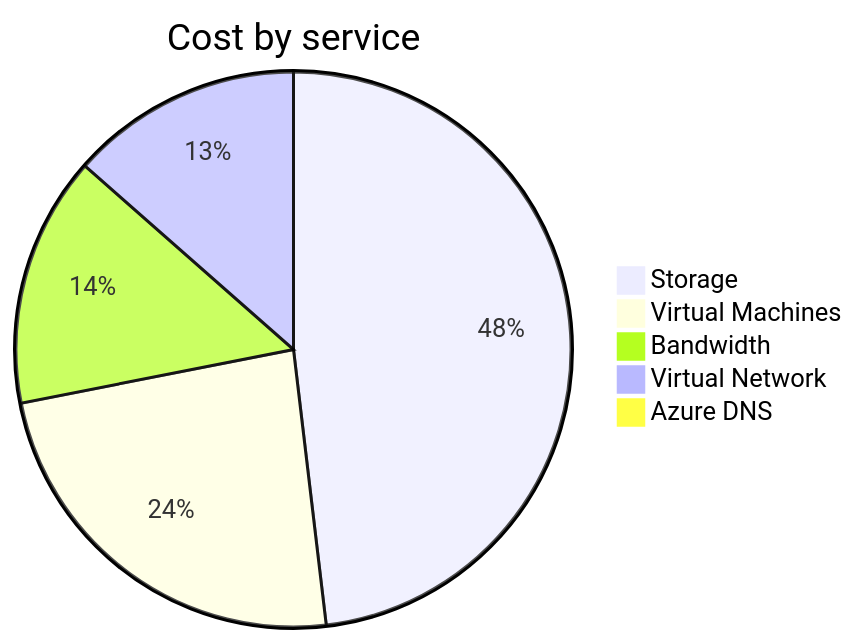
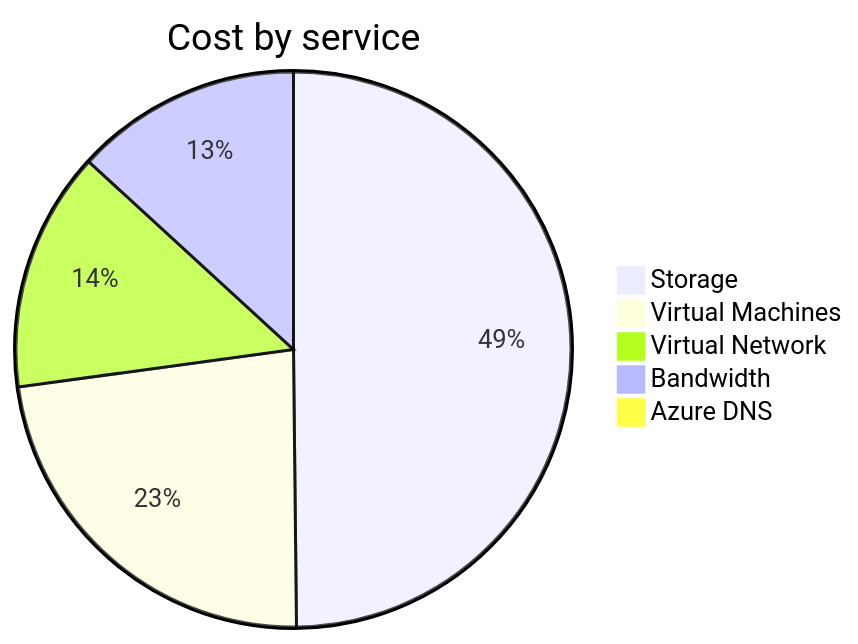
Before and after one commit to jpfulton/azure-personal-reports: the second of 4 diagrams in cost-reports/personal-network/README.md, drawn with Mermaid. The commit also changed other lines of this file and 8 other files, not shown here.

````diff
--- a/cost-reports/personal-network/README.md
+++ b/cost-reports/personal-network/README.md
@@ -99,9 +99,9 @@
 ```mermaid
 pie
    title Cost by service
-   "Storage" : 8.94
-   "Virtual Machines" : 4.42
+   "Storage" : 10.24
+   "Virtual Machines" : 4.73
+   "Virtual Network" : 2.87
    "Bandwidth" : 2.71
-   "Virtual Network" : 2.51
-   "Azure DNS" : 0.17
+   "Azure DNS" : 0.19
 ```
````
